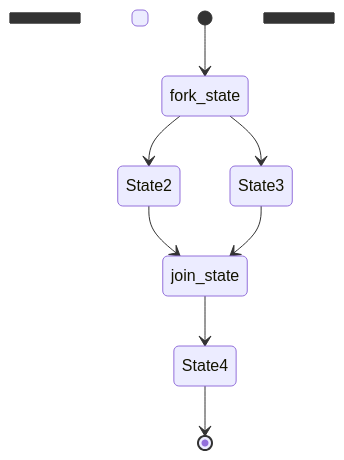
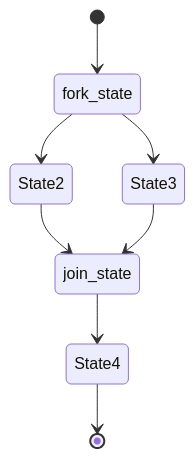
One commit to yanjinzh6/notes changed the seventh of 9 diagrams in development/markdown/markdown-mermaid-state-diagram.md. Above: the diagram before and after it, drawn with Mermaid. The commit also changed other lines of this file and 1 other file, not shown here.

Commit message:
docs(development): 修改文档, hexo-filter-mermaid-diagrams 插件不支持 <<>>, 使用转移代替

````diff
--- a/development/markdown/markdown-mermaid-state-diagram.md
+++ b/development/markdown/markdown-mermaid-state-diagram.md
@@ -174,13 +173,13 @@
 ```mermaid
 stateDiagram
-  state fork_state <escape><<fork>></escape>
+  state fork_state &lt;&lt;fork&gt;&gt;
     [*] --> fork_state
     fork_state --> State2
     fork_state --> State3
 
-    state join_state <escape><<join>></escape>
+    state join_state &lt;&lt;join&gt;&gt;
     State2 --> join_state
     State3 --> join_state
     join_state --> State4
     State4 --> [*]
 ```
````
